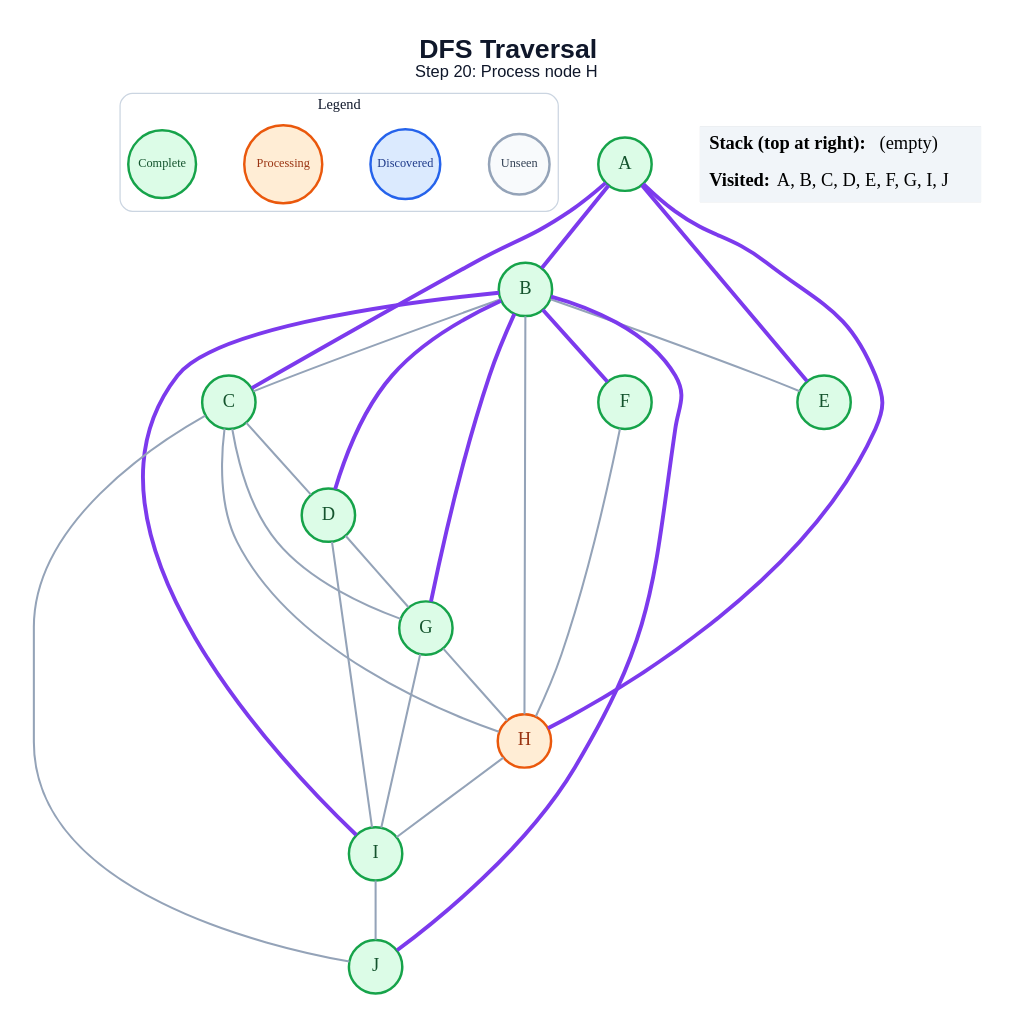
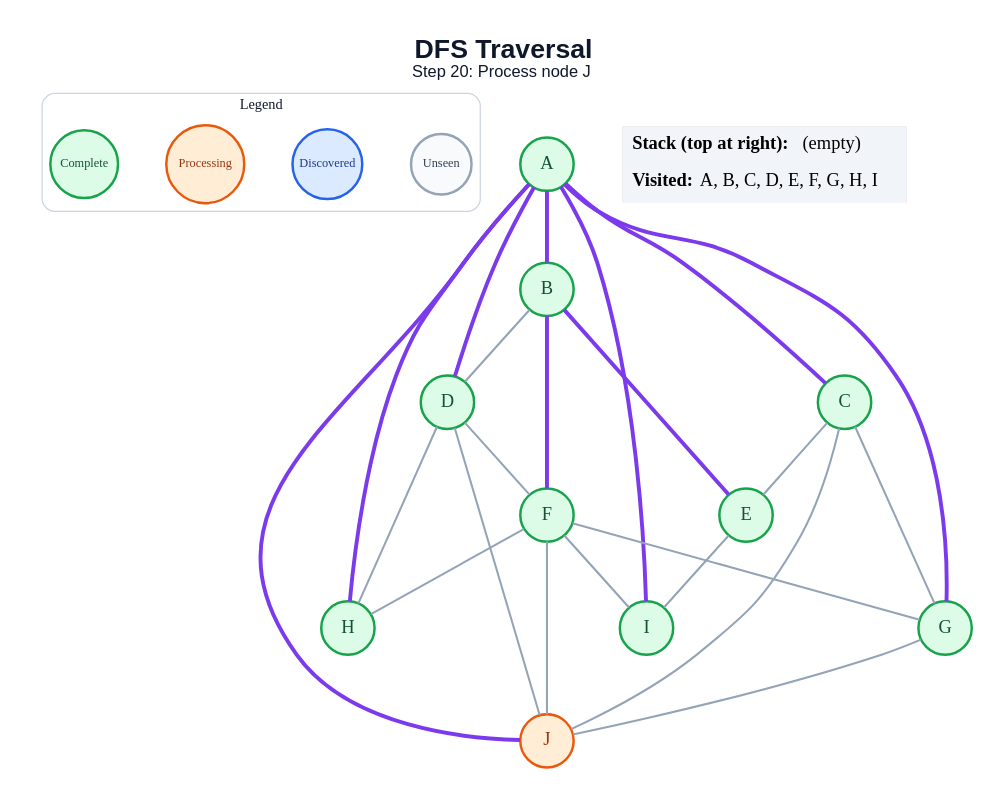
One commit to amanghodawala9/ai-slop changed the diagram in generated/dfs/step_20.dot. Above: the diagram before and after it, drawn with Graphviz. The commit also changed 178 other files, not shown here.

```diff
--- a/generated/dfs/step_20.dot
+++ b/generated/dfs/step_20.dot
@@ -1,52 +1,51 @@
 graph traversal {
   graph [layout=dot, rankdir=TB, bgcolor="#FFFFFF", pad="0.35", nodesep="0.65", ranksep="0.8", fontname="Arial"];
   node [shape=circle, style="filled", fontname="Arial Bold", fontsize=18, width=0.72, fixedsize=true, penwidth=2.4];
   edge [color="#94A3B8", penwidth=2.0];
-  label=<<B>DFS Traversal</B><BR/><FONT POINT-SIZE="16">Step 20: Process node H</FONT>>; labelloc="t"; fontsize=26; fontname="Arial"; fontcolor="#0F172A";
+  label=<<B>DFS Traversal</B><BR/><FONT POINT-SIZE="16">Step 20: Process node J</FONT>>; labelloc="t"; fontsize=26; fontname="Arial"; fontcolor="#0F172A";
   subgraph cluster_legend { label="Legend"; color="#CBD5E1"; penwidth=1.2; style="rounded"; fontsize=14; fontname="Arial Bold";
     key_unseen [label="Unseen", fillcolor="#F8FAFC", color="#94A3B8", fontcolor="#334155", fontsize=12, width=0.82];
     key_frontier [label="Discovered", fillcolor="#DBEAFE", color="#2563EB", fontcolor="#1E3A8A", fontsize=12, width=0.95];
     key_current [label="Processing", fillcolor="#FFEDD5", color="#EA580C", fontcolor="#9A3412", fontsize=12, width=1.05];
     key_done [label="Complete", fillcolor="#DCFCE7", color="#16A34A", fontcolor="#14532D", fontsize=12, width=0.92];
     { rank=same; key_unseen; key_frontier; key_current; key_done; }
   }
   A [fillcolor="#DCFCE7", color="#16A34A", fontcolor="#14532D"];
   B [fillcolor="#DCFCE7", color="#16A34A", fontcolor="#14532D"];
   C [fillcolor="#DCFCE7", color="#16A34A", fontcolor="#14532D"];
   D [fillcolor="#DCFCE7", color="#16A34A", fontcolor="#14532D"];
   E [fillcolor="#DCFCE7", color="#16A34A", fontcolor="#14532D"];
   F [fillcolor="#DCFCE7", color="#16A34A", fontcolor="#14532D"];
   G [fillcolor="#DCFCE7", color="#16A34A", fontcolor="#14532D"];
-  H [fillcolor="#FFEDD5", color="#EA580C", fontcolor="#9A3412"];
+  H [fillcolor="#DCFCE7", color="#16A34A", fontcolor="#14532D"];
   I [fillcolor="#DCFCE7", color="#16A34A", fontcolor="#14532D"];
-  J [fillcolor="#DCFCE7", color="#16A34A", fontcolor="#14532D"];
+  J [fillcolor="#FFEDD5", color="#EA580C", fontcolor="#9A3412"];
   A -- B [color="#7C3AED", penwidth=3.8];
   A -- C [color="#7C3AED", penwidth=3.8];
-  A -- E [color="#7C3AED", penwidth=3.8];
+  A -- D [color="#7C3AED", penwidth=3.8];
+  A -- G [color="#7C3AED", penwidth=3.8];
   A -- H [color="#7C3AED", penwidth=3.8];
-  B -- C;
-  B -- D [color="#7C3AED", penwidth=3.8];
-  B -- E;
+  A -- I [color="#7C3AED", penwidth=3.8];
+  A -- J [color="#7C3AED", penwidth=3.8];
+  B -- D;
+  B -- E [color="#7C3AED", penwidth=3.8];
   B -- F [color="#7C3AED", penwidth=3.8];
-  B -- G [color="#7C3AED", penwidth=3.8];
-  B -- H;
-  B -- I [color="#7C3AED", penwidth=3.8];
-  B -- J [color="#7C3AED", penwidth=3.8];
-  C -- D;
+  C -- E;
   C -- G;
-  C -- H;
   C -- J;
-  D -- G;
-  D -- I;
+  D -- F;
+  D -- H;
+  D -- J;
+  E -- I;
+  F -- G;
   F -- H;
-  G -- H;
-  G -- I;
-  H -- I;
-  I -- J;
+  F -- I;
+  F -- J;
+  G -- J;
   status [shape=plain, fixedsize=false, width=0, height=0, margin=0, label=<
     <TABLE BORDER="0" CELLBORDER="0" CELLPADDING="7" BGCOLOR="#F1F5F9">
       <TR><TD ALIGN="LEFT"><B>Stack (top at right):</B> (empty)</TD></TR>
-      <TR><TD ALIGN="LEFT"><B>Visited:</B> A, B, C, D, E, F, G, I, J</TD></TR>
+      <TR><TD ALIGN="LEFT"><B>Visited:</B> A, B, C, D, E, F, G, H, I</TD></TR>
     </TABLE>
   >];
 }
```
